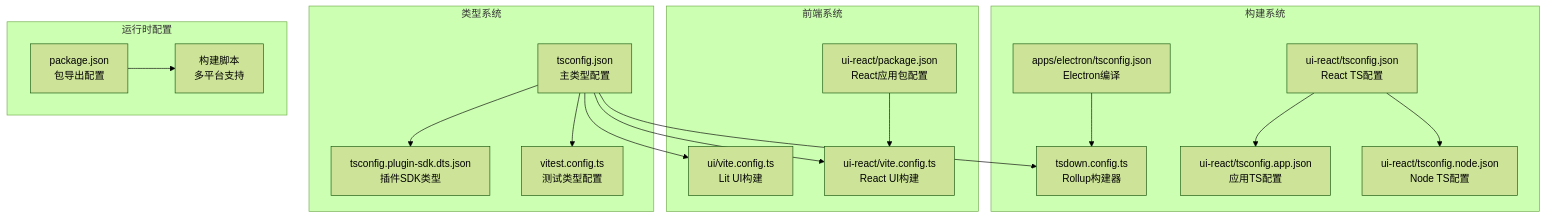
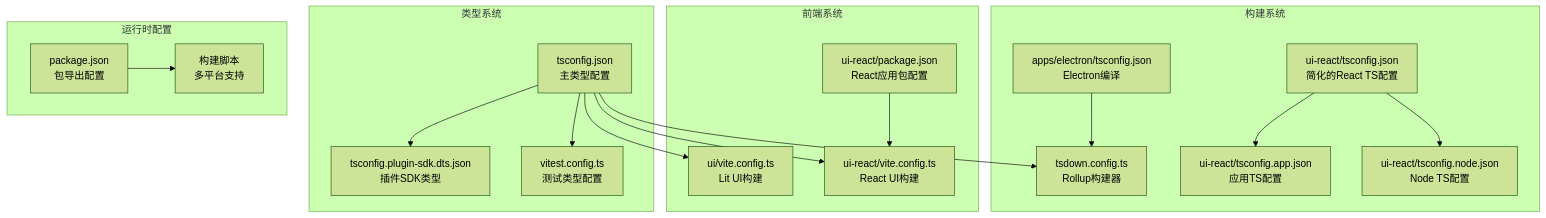
Before and after one commit to verse-ai-org/openclaw: the second of 6 diagrams in .qoder/repowiki/zh/content/Typescript Configuration.md, drawn with Mermaid (forest theme). The commit also changed other lines of this file and 56 other files, not shown here.

````diff
--- a/.qoder/repowiki/zh/content/Typescript Configuration.md
+++ b/.qoder/repowiki/zh/content/Typescript Configuration.md
@@ -145,34 +147,34 @@
 ```mermaid
 graph TD
 subgraph "构建系统"
 Build[tsdown.config.ts<br/>Rollup构建器]
 ElectronTS[apps/electron/tsconfig.json<br/>Electron编译]
-ReactTS[ui-react/tsconfig.json<br/>React TS配置]
+ReactTS[ui-react/tsconfig.json<br/>简化的React TS配置]
 ReactAppTS[ui-react/tsconfig.app.json<br/>应用TS配置]
 ReactNodeTS[ui-react/tsconfig.node.json<br/>Node TS配置]
 end
 subgraph "前端系统"
 UIConfig[ui/vite.config.ts<br/>Lit UI构建]
 ReactConfig[ui-react/vite.config.ts<br/>React UI构建]
 ReactPackage[ui-react/package.json<br/>React应用包配置]
 end
 subgraph "类型系统"
 MainTS[tsconfig.json<br/>主类型配置]
 PluginDTS[tsconfig.plugin-sdk.dts.json<br/>插件SDK类型]
 TestTS[vitest.config.ts<br/>测试类型配置]
 end
 subgraph "运行时配置"
 PackageJSON[package.json<br/>包导出配置]
 BuildScripts[构建脚本<br/>多平台支持]
 end
 MainTS --> Build
 MainTS --> UIConfig
 MainTS --> ReactConfig
 MainTS --> PluginDTS
 MainTS --> TestTS
 PackageJSON --> BuildScripts
 ElectronTS --> Build
 ReactTS --> ReactAppTS
 ReactTS --> ReactNodeTS
 ReactPackage --> ReactConfig
 ```
````
